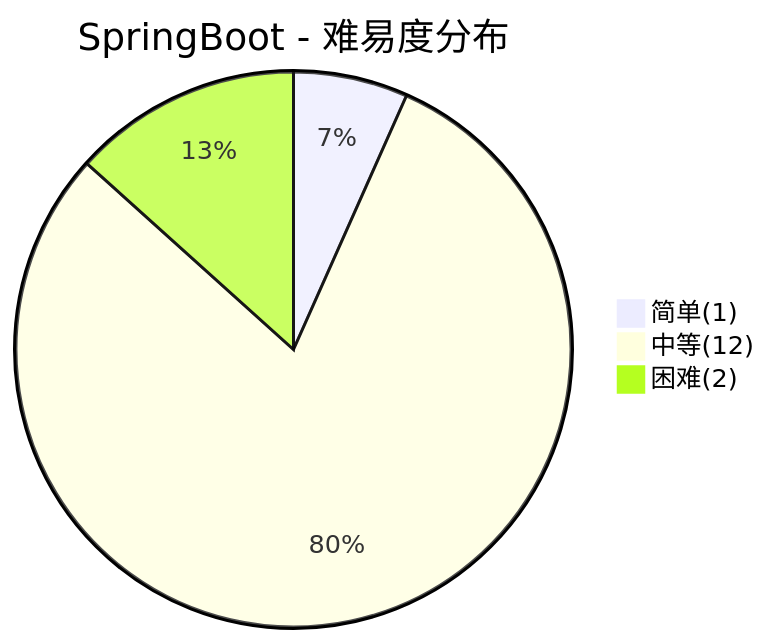
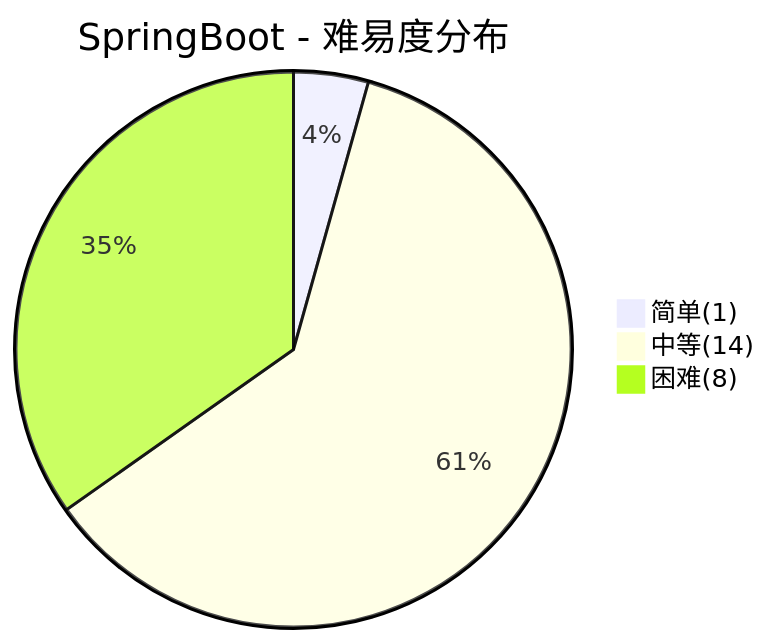
Before and after one commit to dunwu/waterdrop: the third of 6 diagrams in docs/99.面试/Java框架面试.md, drawn with Mermaid. The commit also changed other lines of this file and 73 other files, not shown here.

````diff
--- a/docs/99.面试/Java框架面试.md
+++ b/docs/99.面试/Java框架面试.md
@@ -180,6 +173,6 @@
 ```mermaid
 pie title SpringBoot - 难易度分布
     "简单(1)" : 1
-    "中等(12)" : 12
-    "困难(2)" : 2
+    "中等(14)" : 14
+    "困难(8)" : 8
 ```
````
